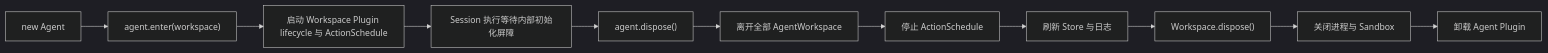
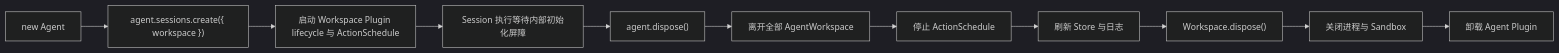
Before and after one commit to genesiscosmos/downcity: the fourth of 4 diagrams in docs/agent-sdk-architecture.md, drawn with Mermaid (dark theme). The commit also changed other lines of this file and 4 other files, not shown here.

````diff
--- a/docs/agent-sdk-architecture.md
+++ b/docs/agent-sdk-architecture.md
@@ -753,13 +753,13 @@
 ```mermaid
 flowchart LR
-    Construct["new Agent"] --> Enter["agent.enter(workspace)"]
+    Construct["new Agent"] --> Enter["agent.sessions.create({ workspace })"]
     Enter --> StartWorkspace["启动 Workspace Plugin lifecycle 与 ActionSchedule"]
     StartWorkspace --> Running["Session 执行等待内部初始化屏障"]
     Running --> Dispose["agent.dispose()"]
     Dispose --> Leave["离开全部 AgentWorkspace"]
     Leave --> StopSchedule["停止 ActionSchedule"]
     StopSchedule --> SaveLogs["刷新 Store 与日志"]
     SaveLogs --> DisposeWorkspace["Workspace.dispose()"]
     DisposeWorkspace --> CloseShell["关闭进程与 Sandbox"]
     CloseShell --> StopPlugins["卸载 Agent Plugin"]
 ```
````
